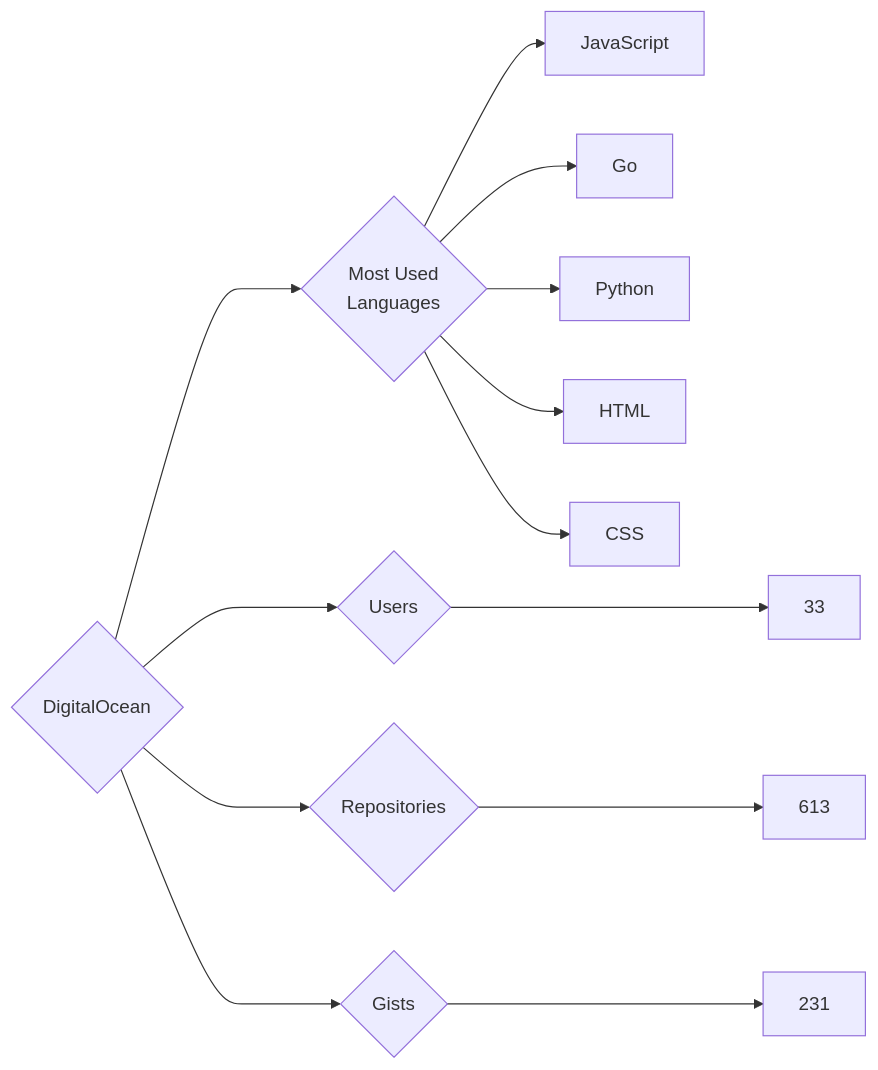
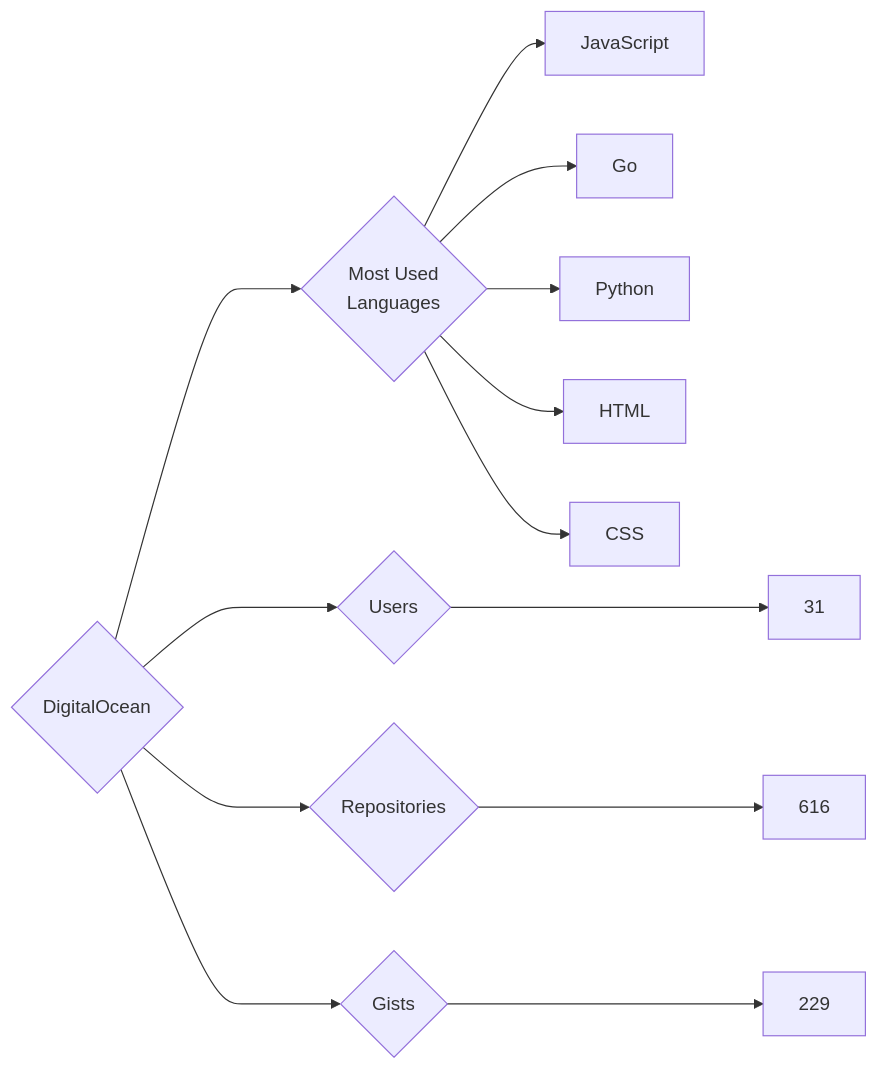
Before and after one commit to trickest/insiders: the diagram in targets/DigitalOcean/README.md, drawn with Mermaid. The commit also changed 823 other files, not shown here.

````diff
--- a/targets/DigitalOcean/README.md
+++ b/targets/DigitalOcean/README.md
@@ -3,13 +3,13 @@
 ```mermaid
 graph LR
 COMPANY_NAME{DigitalOcean}
-COMPANY_NAME ---> U{Users} ---> UN[33]
-COMPANY_NAME ---> R{Repositories} ---> RN[613]
-COMPANY_NAME ---> G{Gists} ---> GN[231]
+COMPANY_NAME ---> U{Users} ---> UN[31]
+COMPANY_NAME ---> R{Repositories} ---> RN[616]
+COMPANY_NAME ---> G{Gists} ---> GN[229]
 COMPANY_NAME ---> ML{Most Used<br>Languages}
 ML --> JavaScript[JavaScript]
 ML --> Go[Go]
 ML --> Python[Python]
 ML --> HTML[HTML]
 ML --> CSS[CSS]
 ```
````
